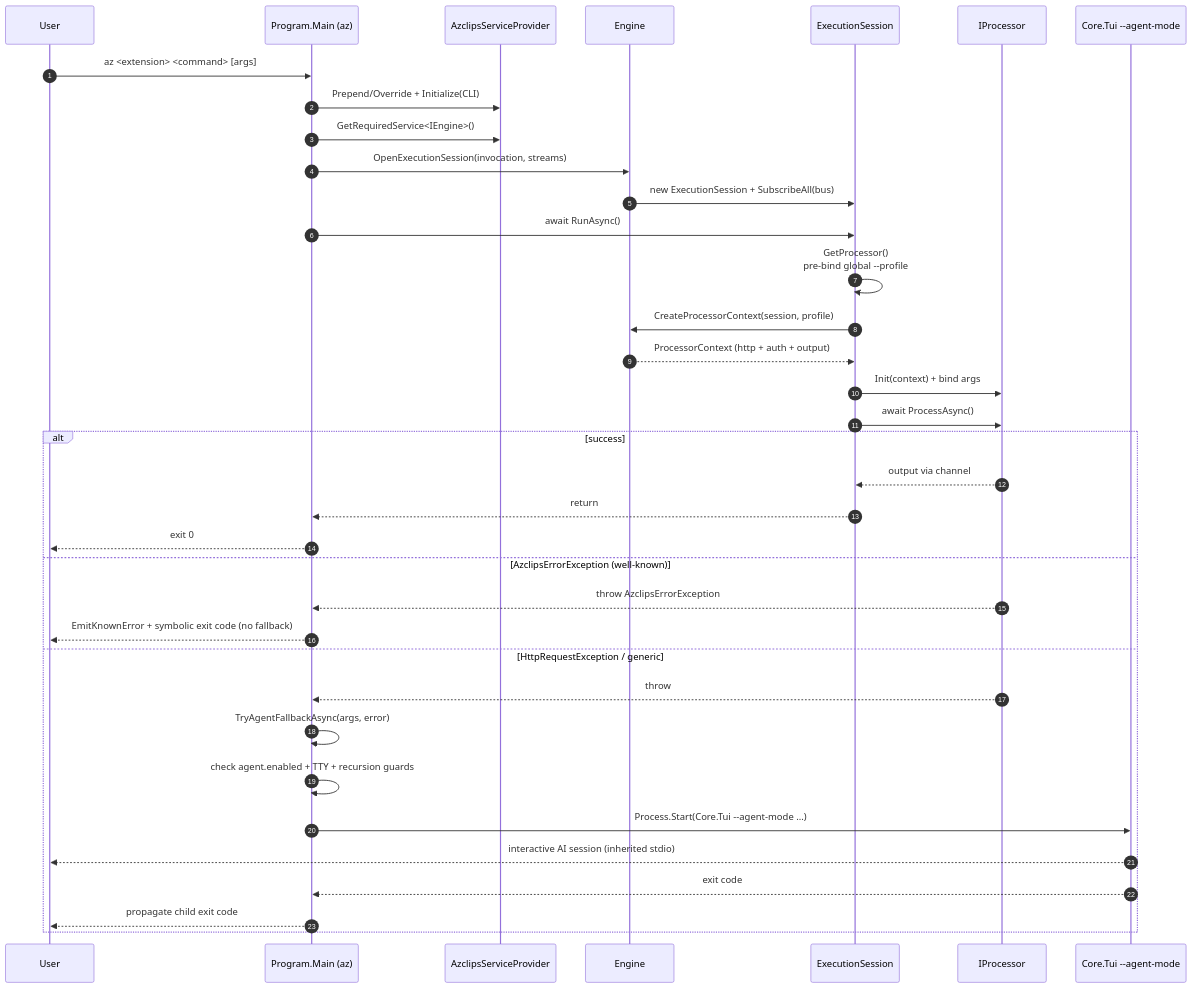
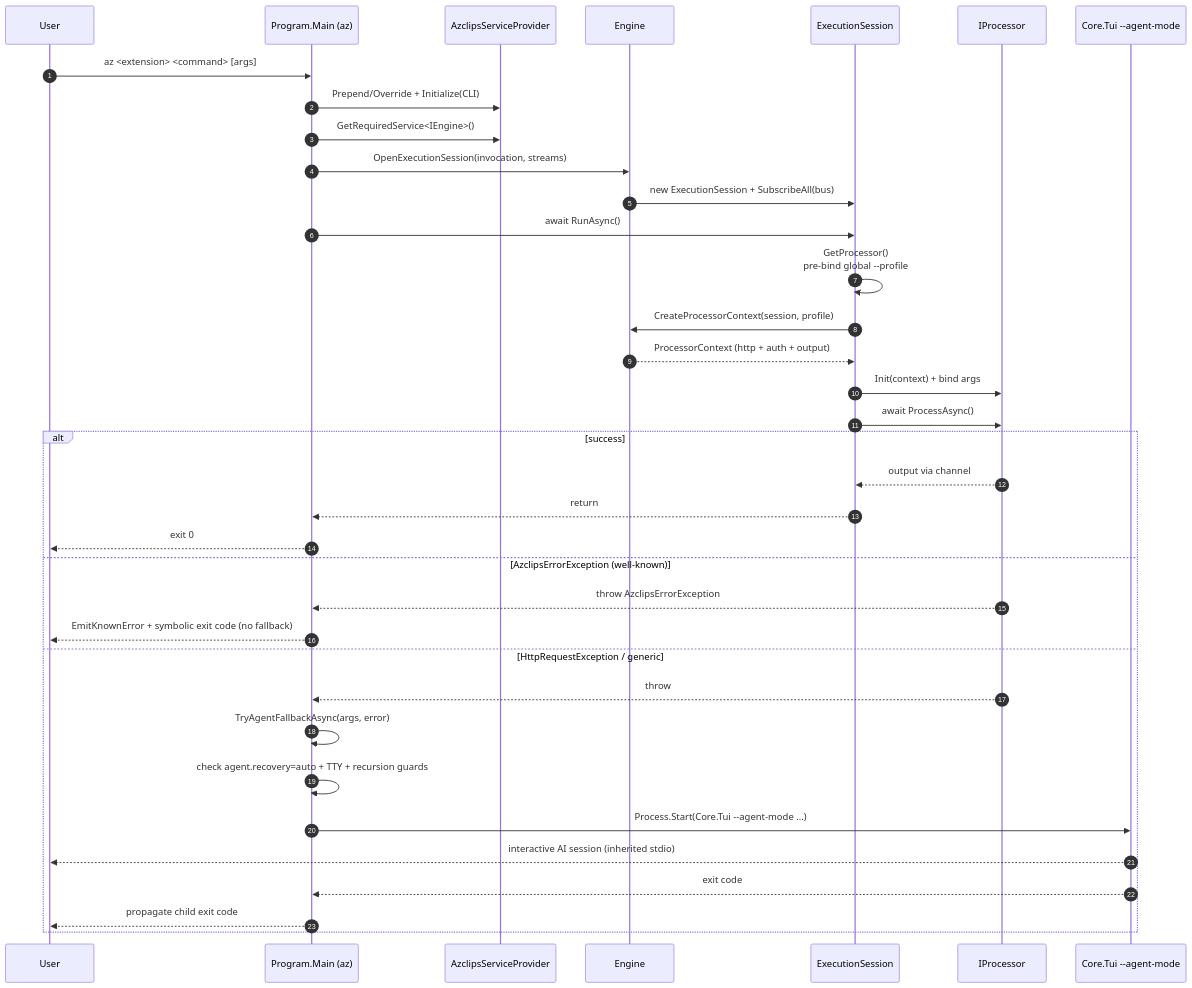
Before and after one commit to Azure/azclips: the second of 2 diagrams in wiki/02-deep-dive/core-engine-orchestration.md, drawn with Mermaid. The commit also changed other lines of this file and 37 other files, not shown here.

Commit message:
feat(recovery): remove released agent keys without migration and default recovery to off

````diff
--- a/wiki/02-deep-dive/core-engine-orchestration.md
+++ b/wiki/02-deep-dive/core-engine-orchestration.md
@@ -228,40 +228,40 @@
 ```mermaid
 sequenceDiagram
     autonumber
     participant User
     participant Main as Program.Main (az)
     participant DI as AzclipsServiceProvider
     participant Engine
     participant Session as ExecutionSession
     participant Proc as IProcessor
     participant TUI as Core.Tui --agent-mode
 
     User->>Main: az <extension> <command> [args]
     Main->>DI: Prepend/Override + Initialize(CLI)
     Main->>DI: GetRequiredService<IEngine>()
     Main->>Engine: OpenExecutionSession(invocation, streams)
     Engine->>Session: new ExecutionSession + SubscribeAll(bus)
     Main->>Session: await RunAsync()
     Session->>Session: GetProcessor()<br>pre-bind global --profile
     Session->>Engine: CreateProcessorContext(session, profile)
     Engine-->>Session: ProcessorContext (http + auth + output)
     Session->>Proc: Init(context) + bind args
     Session->>Proc: await ProcessAsync()
 
     alt success
         Proc-->>Session: output via channel
         Session-->>Main: return
         Main-->>User: exit 0
     else AzclipsErrorException (well-known)
         Proc-->>Main: throw AzclipsErrorException
         Main-->>User: EmitKnownError + symbolic exit code (no fallback)
     else HttpRequestException / generic
         Proc-->>Main: throw
         Main->>Main: TryAgentFallbackAsync(args, error)
-        Main->>Main: check agent.enabled + TTY + recursion guards
+        Main->>Main: check agent.recovery=auto + TTY + recursion guards
         Main->>TUI: Process.Start(Core.Tui --agent-mode ...)
         TUI-->>User: interactive AI session (inherited stdio)
         TUI-->>Main: exit code
         Main-->>User: propagate child exit code
     end
 ```
````
